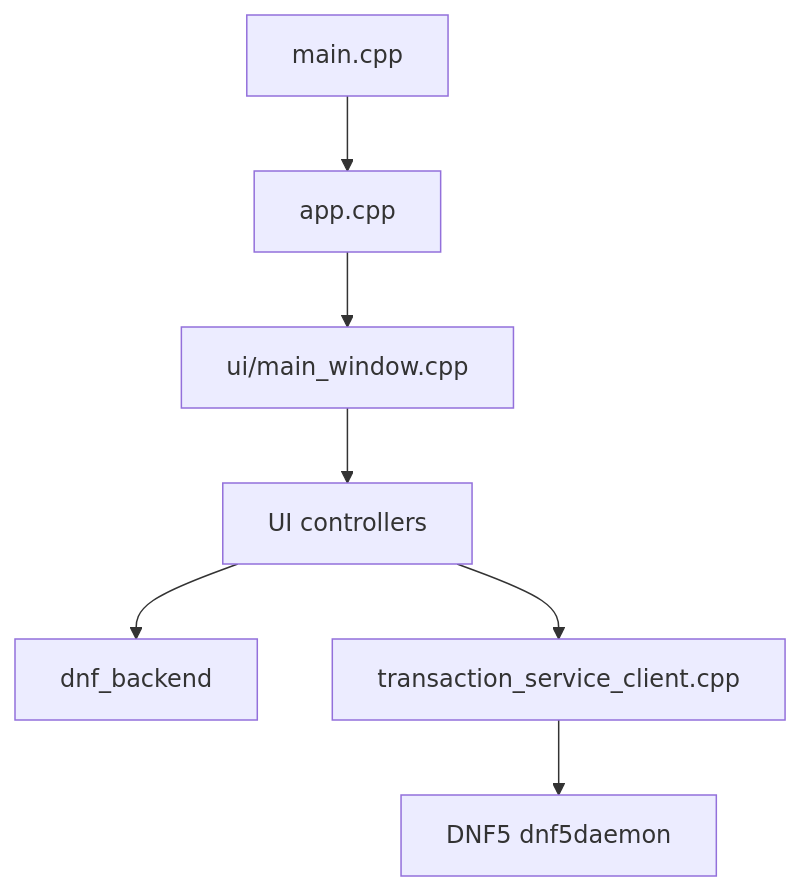
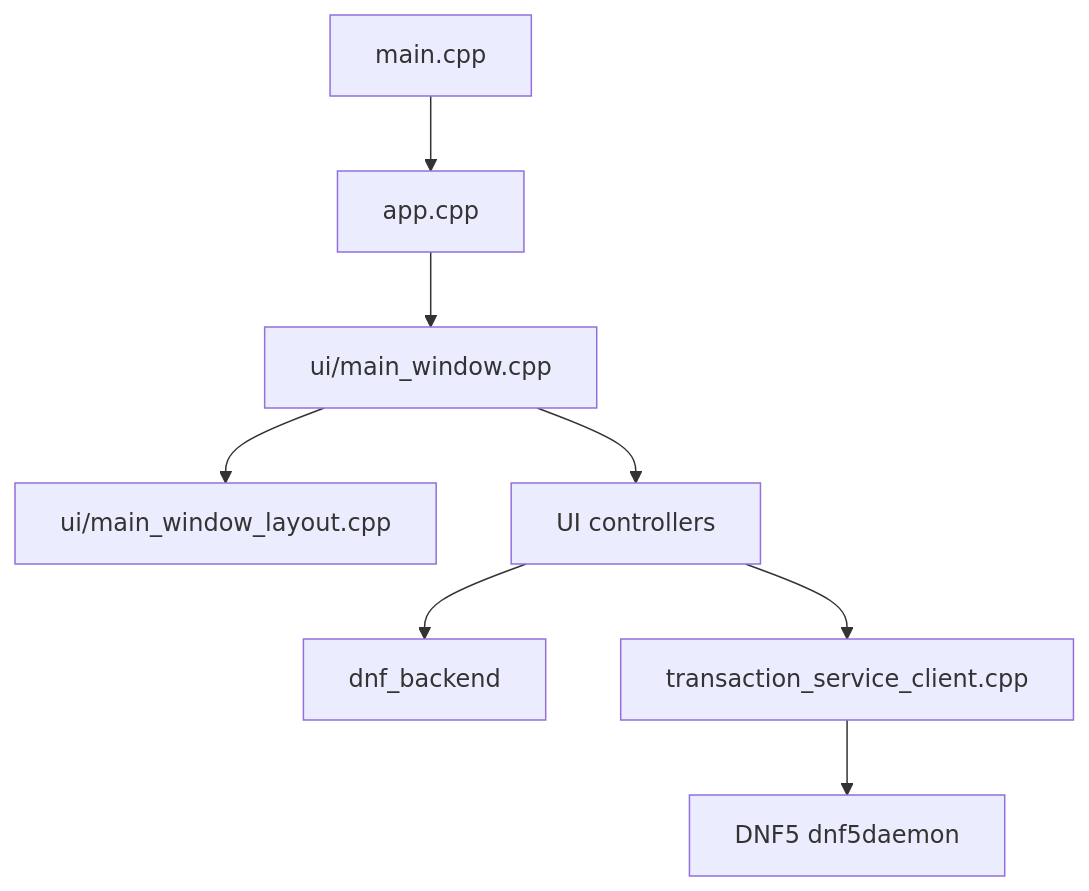
The first of 4 diagrams in docs/architecture.md (dnfui/dnf-ui), drawn with Mermaid before and after one commit. The commit also changed other lines of this file and 5 other files, not shown here.

First line of the commit message:
Split main window layout from window behavior

````diff
--- a/docs/architecture.md
+++ b/docs/architecture.md
@@ -48,9 +48,10 @@
 ```mermaid
 flowchart TD
     Main[main.cpp] --> App[app.cpp]
     App --> Window[ui/main_window.cpp]
+    Window --> Layout[ui/main_window_layout.cpp]
     Window --> Controllers[UI controllers]
     Controllers --> Backend[dnf_backend]
     Controllers --> Client[transaction_service_client.cpp]
     Client --> Daemon[DNF5 dnf5daemon]
 ```
````
